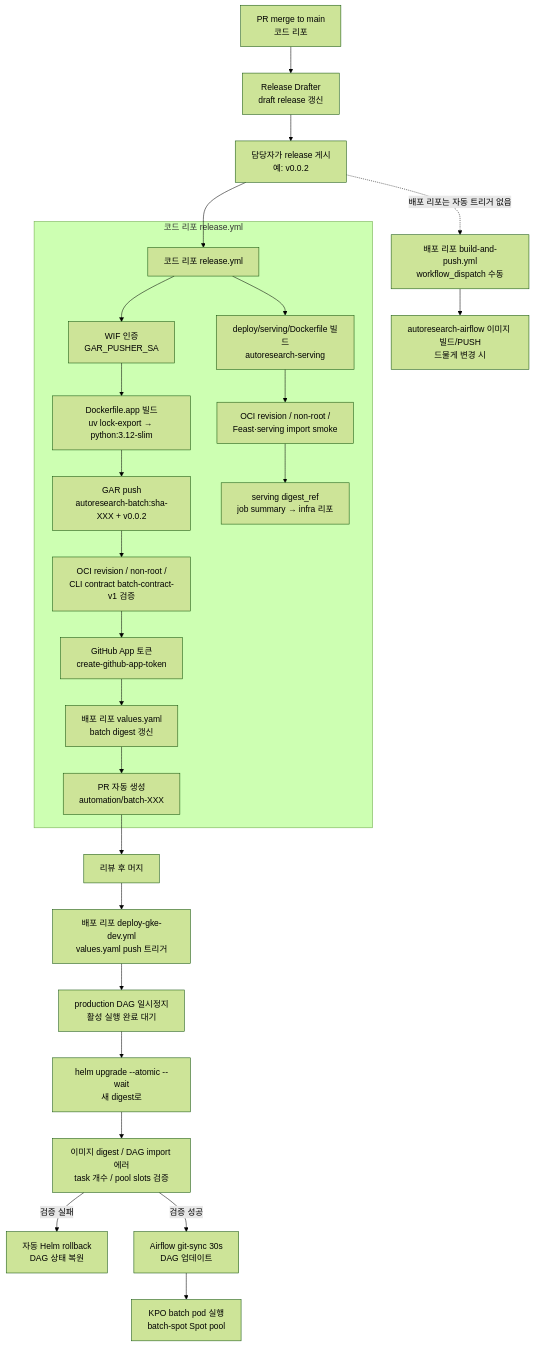
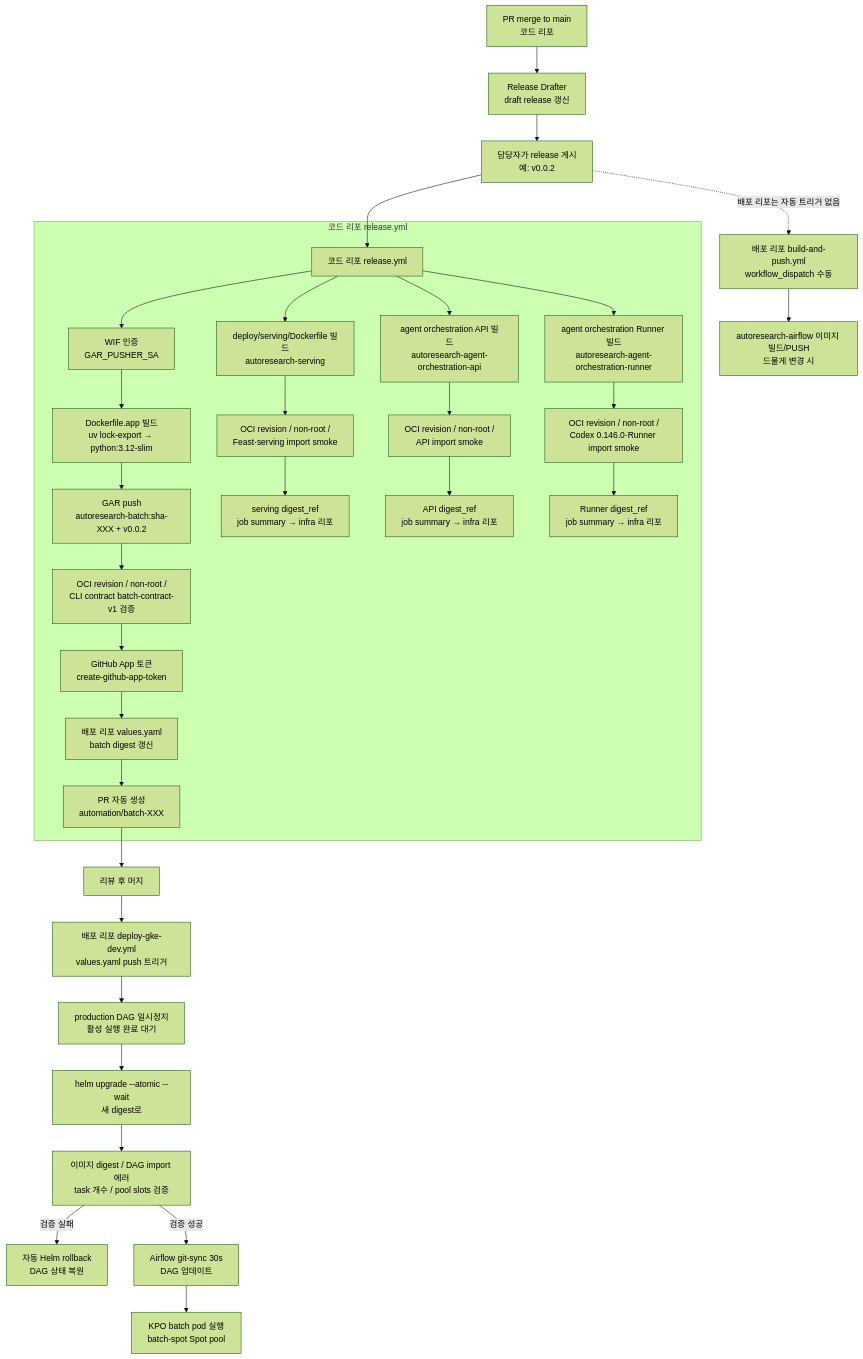
One commit to SKYAHO/Autoresearch changed the diagram in docs/guides/release-pipeline.md. Above: the diagram before and after it, drawn with Mermaid (forest theme). The commit also changed other lines of this file and 4 other files, not shown here.

````diff
--- a/docs/guides/release-pipeline.md
+++ b/docs/guides/release-pipeline.md
@@ -23,31 +24,37 @@
 ```mermaid
 flowchart TD
     PR[PR merge to main<br/>코드 리포] --> RD[Release Drafter<br/>draft release 갱신]
     RD --> PUB[담당자가 release 게시<br/>예: v0.0.2]
     PUB --> RY[코드 리포 release.yml]
 
     subgraph 코드 리포 release.yml
         RY --> WIF1[WIF 인증<br/>GAR_PUSHER_SA]
         WIF1 --> BUILD[Dockerfile.app 빌드<br/>uv lock-export → python:3.12-slim]
         BUILD --> PUSH1[GAR push<br/>autoresearch-batch:sha-XXX + v0.0.2]
         PUSH1 --> VERIFY[OCI revision / non-root /<br/>CLI contract batch-contract-v1 검증]
         VERIFY --> APP[GitHub App 토큰<br/>create-github-app-token]
         APP --> PROMO[배포 리포 values.yaml<br/>batch digest 갱신]
         PROMO --> PRAUTO[PR 자동 생성<br/>automation/batch-XXX]
         RY --> SERVING[deploy/serving/Dockerfile 빌드<br/>autoresearch-serving]
         SERVING --> SVERIFY[OCI revision / non-root /<br/>Feast·serving import smoke]
         SVERIFY --> SSUMMARY[serving digest_ref<br/>job summary → infra 리포]
+        RY --> ORCHAPI[agent orchestration API 빌드<br/>autoresearch-agent-orchestration-api]
+        ORCHAPI --> ORCHAPIVERIFY[OCI revision / non-root /<br/>API import smoke]
+        ORCHAPIVERIFY --> ORCHAPISUMMARY[API digest_ref<br/>job summary → infra 리포]
+        RY --> ORCHRUNNER[agent orchestration Runner 빌드<br/>autoresearch-agent-orchestration-runner]
+        ORCHRUNNER --> ORCHRUNNERVERIFY[OCI revision / non-root /<br/>Codex 0.146.0·Runner import smoke]
+        ORCHRUNNERVERIFY --> ORCHRUNNERSUMMARY[Runner digest_ref<br/>job summary → infra 리포]
     end
 
     PRAUTO --> MERGE2[리뷰 후 머지]
     MERGE2 --> DEPLOY[배포 리포 deploy-gke-dev.yml<br/>values.yaml push 트리거]
     DEPLOY --> PAUSE[production DAG 일시정지<br/>활성 실행 완료 대기]
     PAUSE --> GKE[helm upgrade --atomic --wait<br/>새 digest로]
     GKE --> VERIFY2[이미지 digest / DAG import 에러<br/>task 개수 / pool slots 검증]
     VERIFY2 -->|검증 실패| ROLLBACK[자동 Helm rollback<br/>DAG 상태 복원]
     VERIFY2 -->|검증 성공| GITSYNC[Airflow git-sync 30s<br/>DAG 업데이트]
     GITSYNC --> KPO[KPO batch pod 실행<br/>batch-spot Spot pool]
 
     PUB -.->|배포 리포는 자동 트리거 없음| BAP[배포 리포 build-and-push.yml<br/>workflow_dispatch 수동]
     BAP --> AIRFLOW[autoresearch-airflow 이미지 빌드/PUSH<br/>드물게 변경 시]
 ```
````
